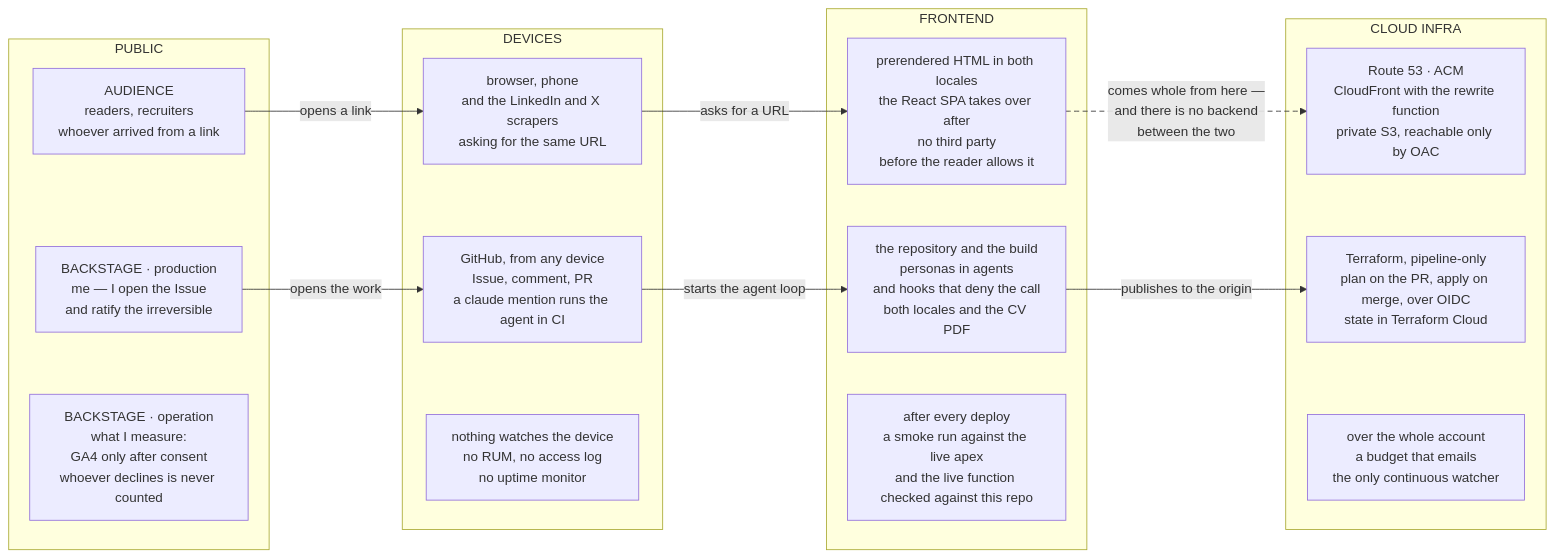
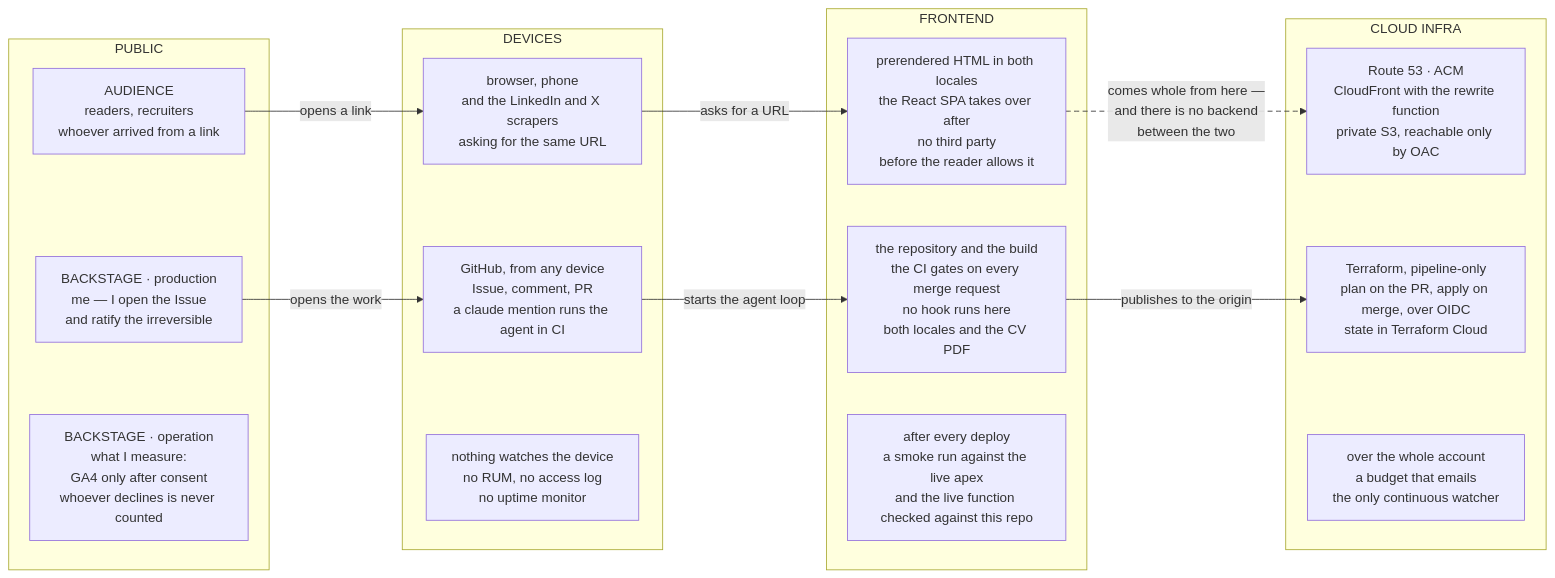
Before and after one commit to tedeuxx/tadeumendonca-io: the first of 3 diagrams in apps/fed/src/content/architecture.en.md, drawn with Mermaid. The commit also changed other lines of this file and 2 other files, not shown here.

````diff
--- a/apps/fed/src/content/architecture.en.md
+++ b/apps/fed/src/content/architecture.en.md
@@ -68,35 +68,35 @@
 ```mermaid
 flowchart LR
   accTitle: The lanes and the tiers — what the reader meets, and what keeps it standing
-  accDescr: A grid read from left to right, four columns wide — public, devices, frontend and cloud infra — with three lanes stacked inside them. The top lane is the audience, what the reader meets on the site: the public arrives from a link, the device asks for a URL, and what comes back is prerendered HTML in both locales, with the React SPA taking over afterwards and no third party loaded before the reader allows it — GA4 only on consent, YouTube only on a click. That page comes whole from the cloud infra column: Route 53, ACM, CloudFront with its rewrite function, and a private S3 bucket that answers only that distribution. Between frontend and infra there is no backend column, and that absence is the claim this drawing makes: there is no application tier, because the requirement never asked for one, and nothing of mine runs per request. The two lower lanes are the backstage, what nobody sees and what keeps the operation running. The production lane: I open the Issue and ratify the irreversible; GitHub is the console, from any device, and a claude mention runs the agent inside CI with no machine of mine switched on; the repository and the build carry the personas and the hooks that deny the call, and produce both locales and the CV PDF; Terraform applies the infrastructure pipeline-only, with state in Terraform Cloud. The operation lane is the thinnest, and it is thin as a finding rather than by design: what I measure is GA4 after consent, so whoever declines is never counted; nothing watches the reader's device, no RUM, no access log and no uptime monitor; after every deploy a smoke run hits the live apex and checks that the published function is this repository's; and over the whole account there is a budget that emails, which is the only continuous watcher there is.
+  accDescr: A grid read from left to right, four columns wide — public, devices, frontend and cloud infra — with three lanes stacked inside them. The top lane is the audience, what the reader meets on the site: the public arrives from a link, the device asks for a URL, and what comes back is prerendered HTML in both locales, with the React SPA taking over afterwards and no third party loaded before the reader allows it — GA4 only on consent, YouTube only on a click. That page comes whole from the cloud infra column: Route 53, ACM, CloudFront with its rewrite function, and a private S3 bucket that answers only that distribution. Between frontend and infra there is no backend column, and that absence is the claim this drawing makes: there is no application tier, because the requirement never asked for one, and nothing of mine runs per request. The two lower lanes are the backstage, what nobody sees and what keeps the operation running. The production lane: I open the Issue and ratify the irreversible; GitHub is the console, from any device, and a claude mention runs the agent inside CI with no machine of mine switched on; the repository and the build carry the CI gates every merge request runs, and produce both locales and the CV PDF, while the personas come from the method installed at user level and no hook runs here; Terraform applies the infrastructure pipeline-only, with state in Terraform Cloud. The operation lane is the thinnest, and it is thin as a finding rather than by design: what I measure is GA4 after consent, so whoever declines is never counted; nothing watches the reader's device, no RUM, no access log and no uptime monitor; after every deploy a smoke run hits the live apex and checks that the published function is this repository's; and over the whole account there is a budget that emails, which is the only continuous watcher there is.
   subgraph T1["PUBLIC"]
     A1["AUDIENCE<br/>readers, recruiters<br/>whoever arrived from a link"]
     B1["BACKSTAGE · production<br/>me — I open the Issue<br/>and ratify the irreversible"]
     C1["BACKSTAGE · operation<br/>what I measure:<br/>GA4 only after consent<br/>whoever declines is never counted"]
   end
   subgraph T2["DEVICES"]
     A2["browser, phone<br/>and the LinkedIn and X scrapers<br/>asking for the same URL"]
     B2["GitHub, from any device<br/>Issue, comment, PR<br/>a claude mention runs the agent in CI"]
     C2["nothing watches the device<br/>no RUM, no access log<br/>no uptime monitor"]
   end
   subgraph T3["FRONTEND"]
     A3["prerendered HTML in both locales<br/>the React SPA takes over after<br/>no third party<br/>before the reader allows it"]
-    B3["the repository and the build<br/>personas in agents<br/>and hooks that deny the call<br/>both locales and the CV PDF"]
+    B3["the repository and the build<br/>the CI gates on every merge request<br/>no hook runs here<br/>both locales and the CV PDF"]
     C3["after every deploy<br/>a smoke run against the live apex<br/>and the live function checked against this repo"]
   end
   subgraph T4["CLOUD INFRA"]
     A4["Route 53 · ACM<br/>CloudFront with the rewrite function<br/>private S3, reachable only by OAC"]
     B4["Terraform, pipeline-only<br/>plan on the PR, apply on merge, over OIDC<br/>state in Terraform Cloud"]
     C4["over the whole account<br/>a budget that emails<br/>the only continuous watcher"]
   end
   A1 -- "opens a link" --> A2
   A2 -- "asks for a URL" --> A3
   A3 -- "comes whole from here —<br/>and there is no backend<br/>between the two" --> A4
   B1 -- "opens the work" --> B2
   B2 -- "starts the agent loop" --> B3
   B3 -- "publishes to the origin" --> B4
   C1 ~~~ C2
   C2 ~~~ C3
   C3 ~~~ C4
   linkStyle 2 stroke-dasharray:6 4
 ```
````
